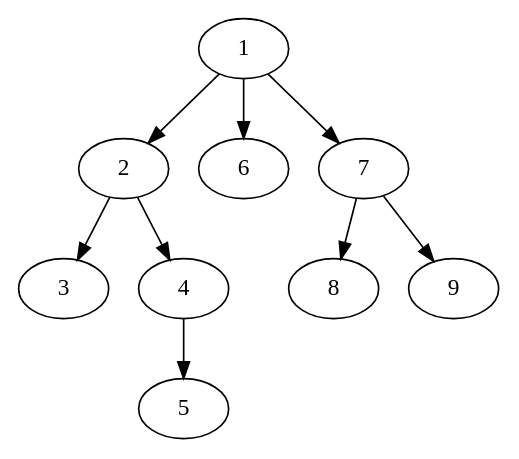
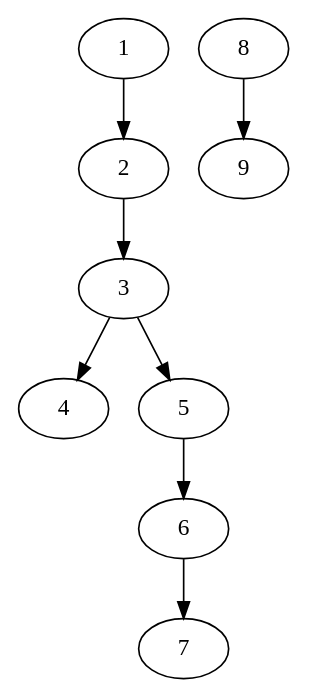
One commit to ArthurZucker/IAG_TP1_Final changed the diagram in digraph-1-postdfs.dot. Above: the diagram before and after it, drawn with Graphviz. The commit also changed 22 other files, not shown here.

```diff
--- a/digraph-1-postdfs.dot
+++ b/digraph-1-postdfs.dot
@@ -1,10 +1,9 @@
 digraph premier_graph {
 1 -> 2 ;
-1 -> 6 ;
-1 -> 7 ;
 2 -> 3 ;
-2 -> 4 ;
-3;4 -> 5 ;
-5;6;7 -> 8 ;
-7 -> 9 ;
-8;9;}
+3 -> 4 ;
+3 -> 5 ;
+4;5 -> 6 ;
+6 -> 7 ;
+7;8 -> 9 ;
+9;}
```
